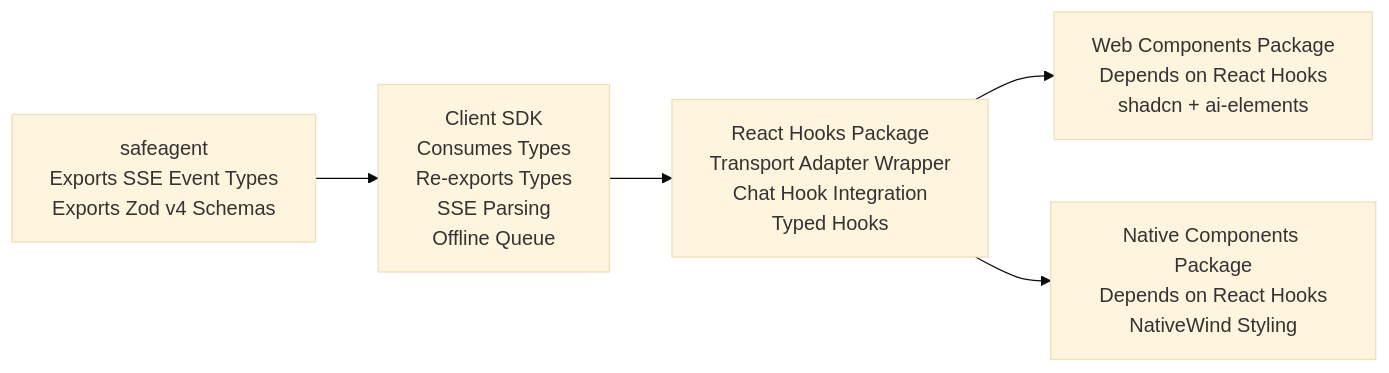
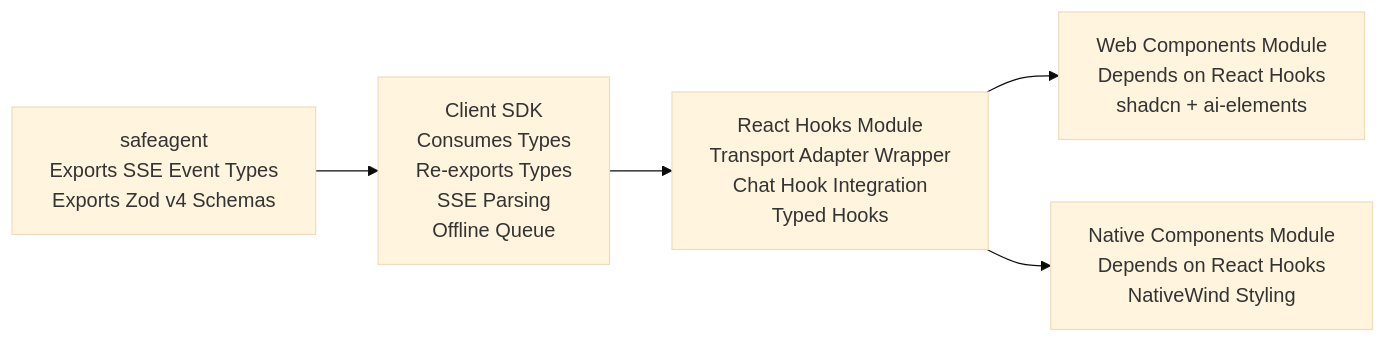
The third of 18 diagrams in plan/18-frontend-sdk.md (1qh/safeagent), drawn with Mermaid (base theme) before and after one commit. The commit also changed other lines of this file and 10 other files, not shown here.

````diff
--- a/plan/18-frontend-sdk.md
+++ b/plan/18-frontend-sdk.md
@@ -84,13 +85,13 @@
 ```mermaid
 flowchart LR
     SAFEAGENT[safeagent\nExports SSE Event Types\nExports Zod v4 Schemas]
     CLIENT[Client SDK\nConsumes Types\nRe-exports Types\nSSE Parsing\nOffline Queue]
-    REACT[React Hooks Package\nTransport Adapter Wrapper\nChat Hook Integration\nTyped Hooks]
-    UI_WEB[Web Components Package\nDepends on React Hooks\nshadcn + ai-elements]
-    UI_NATIVE[Native Components Package\nDepends on React Hooks\nNativeWind Styling]
+    REACT[React Hooks Module\nTransport Adapter Wrapper\nChat Hook Integration\nTyped Hooks]
+    UI_WEB[Web Components Module\nDepends on React Hooks\nshadcn + ai-elements]
+    UI_NATIVE[Native Components Module\nDepends on React Hooks\nNativeWind Styling]
 
     SAFEAGENT --> CLIENT
     CLIENT --> REACT
     REACT --> UI_WEB
     REACT --> UI_NATIVE
 ```
````
